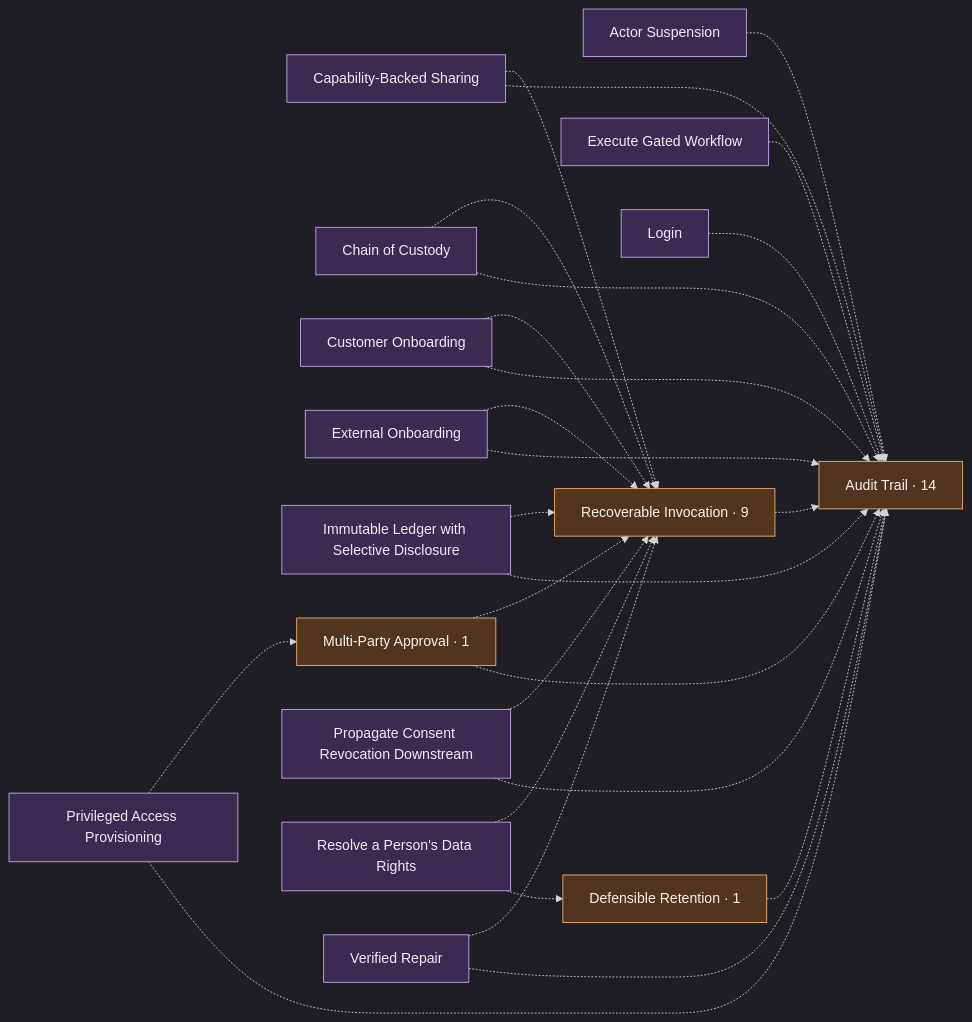
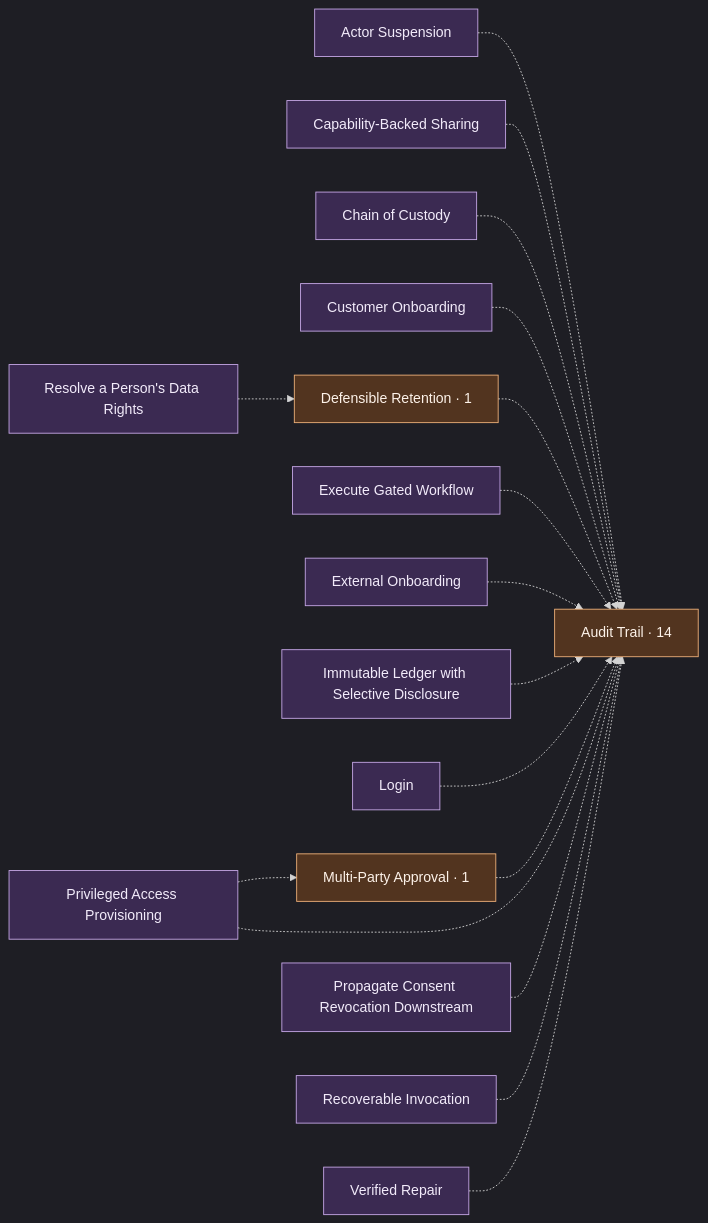
The first of 2 diagrams in graph.md (scottromack/grace-commons), drawn with Mermaid before and after one commit. The commit also changed other lines of this file and 20 other files, not shown here.

````diff
--- a/graph.md
+++ b/graph.md
@@ -92,49 +94,40 @@
 ```mermaid
 %%{init: {"theme": "dark", "flowchart": {"htmlLabels": true}} }%%
 flowchart LR
   actor_suspension["Actor Suspension"]
   audit_trail["Audit Trail · 14"]
   capability_backed_sharing["Capability-Backed Sharing"]
   chain_of_custody["Chain of Custody"]
   customer_onboarding["Customer Onboarding"]
   defensible_retention["Defensible Retention · 1"]
   execute_gated_workflow["Execute Gated Workflow"]
   external_onboarding["External Onboarding"]
   immutable_ledger["Immutable Ledger with Selective Disclosure"]
   login["Login"]
   multi_party_approval["Multi-Party Approval · 1"]
   privileged_access_provisioning["Privileged Access Provisioning"]
   propagate_consent_revocation_downstream["Propagate Consent Revocation Downstream"]
-  recoverable_invocation["Recoverable Invocation · 9"]
+  recoverable_invocation["Recoverable Invocation"]
   resolve_a_persons_data_rights["Resolve a Person's Data Rights"]
   verified_repair["Verified Repair"]
   actor_suspension -.-> audit_trail
   capability_backed_sharing -.-> audit_trail
-  capability_backed_sharing -.-> recoverable_invocation
   chain_of_custody -.-> audit_trail
-  chain_of_custody -.-> recoverable_invocation
   customer_onboarding -.-> audit_trail
-  customer_onboarding -.-> recoverable_invocation
   defensible_retention -.-> audit_trail
   execute_gated_workflow -.-> audit_trail
   external_onboarding -.-> audit_trail
-  external_onboarding -.-> recoverable_invocation
   immutable_ledger -.-> audit_trail
-  immutable_ledger -.-> recoverable_invocation
   login -.-> audit_trail
   multi_party_approval -.-> audit_trail
-  multi_party_approval -.-> recoverable_invocation
   privileged_access_provisioning -.-> audit_trail
   privileged_access_provisioning -.-> multi_party_approval
   propagate_consent_revocation_downstream -.-> audit_trail
-  propagate_consent_revocation_downstream -.-> recoverable_invocation
   recoverable_invocation -.-> audit_trail
   resolve_a_persons_data_rights -.-> defensible_retention
-  resolve_a_persons_data_rights -.-> recoverable_invocation
   verified_repair -.-> audit_trail
-  verified_repair -.-> recoverable_invocation
   classDef comp fill:#3b2a52,stroke:#c7a8e8,color:#f2ebfa;
   classDef spine fill:#52341f,stroke:#f0b27a,color:#fdf2e9;
   class actor_suspension,audit_trail,capability_backed_sharing,chain_of_custody,customer_onboarding,defensible_retention,execute_gated_workflow,external_onboarding,immutable_ledger,login,multi_party_approval,privileged_access_provisioning,propagate_consent_revocation_downstream,recoverable_invocation,resolve_a_persons_data_rights,verified_repair comp;
-  class audit_trail,defensible_retention,multi_party_approval,recoverable_invocation spine;
+  class audit_trail,defensible_retention,multi_party_approval spine;
 ```
````
